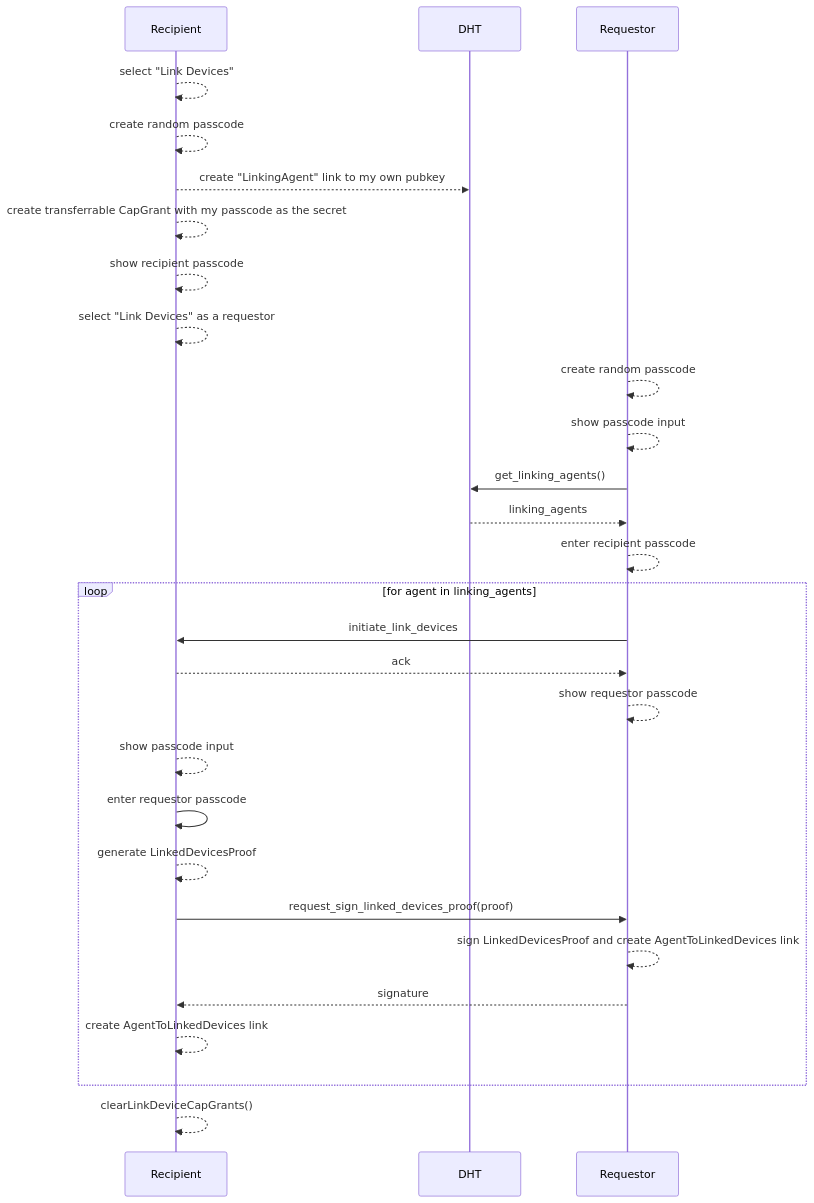
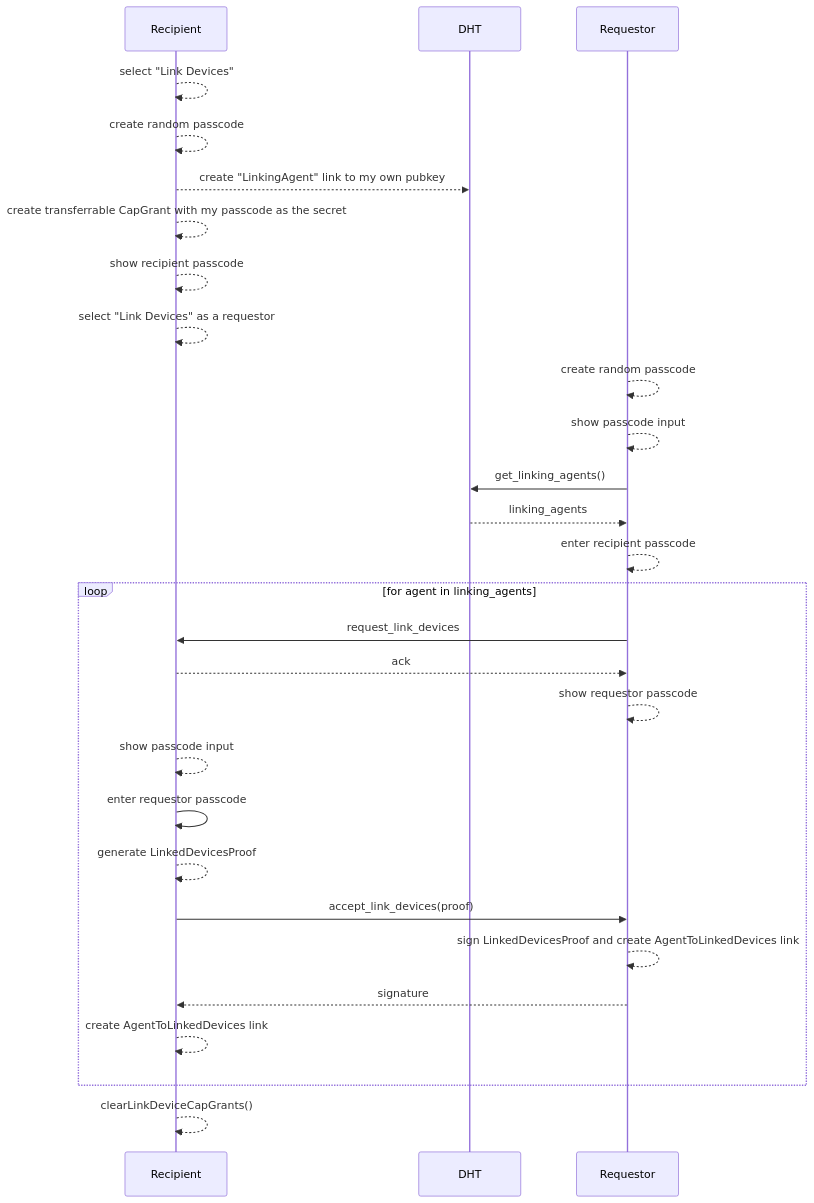
The diagram in docs/design.md (darksoil-studio/linked-devices-zome), drawn with Mermaid before and after one commit. The commit also changed 7 other files, not shown here.

````diff
--- a/docs/design.md
+++ b/docs/design.md
@@ -3,36 +3,36 @@
 ```mermaid
 sequenceDiagram
 
 Recipient-->>Recipient: select "Link Devices"
 
 Recipient-->>Recipient: create random passcode
 Recipient-->>DHT: create "LinkingAgent" link to my own pubkey
 Recipient-->>Recipient: create transferrable CapGrant with my passcode as the secret
 Recipient-->>Recipient: show recipient passcode
 
 Recipient-->>Recipient: select "Link Devices" as a requestor
 Requestor-->>Requestor: create random passcode
 Requestor-->>Requestor: show passcode input
 
 Requestor->>DHT: get_linking_agents()
 DHT-->>Requestor: linking_agents
 
 Requestor-->>Requestor: enter recipient passcode
 
 loop for agent in linking_agents
-  Requestor->>Recipient: initiate_link_devices
+  Requestor->>Recipient: request_link_devices
   Recipient-->>Requestor: ack
   Requestor-->>Requestor: show requestor passcode 
 
   Recipient-->>Recipient: show passcode input
   Recipient->>Recipient: enter requestor passcode
 
   Recipient-->>Recipient: generate LinkedDevicesProof
-  Recipient->>Requestor: request_sign_linked_devices_proof(proof)
+  Recipient->>Requestor: accept_link_devices(proof)
   Requestor-->>Requestor: sign LinkedDevicesProof and create AgentToLinkedDevices link
   Requestor-->>Recipient: signature
   Recipient-->>Recipient: create AgentToLinkedDevices link
 end
 
 Recipient-->>Recipient: clearLinkDeviceCapGrants()
 ```
````
